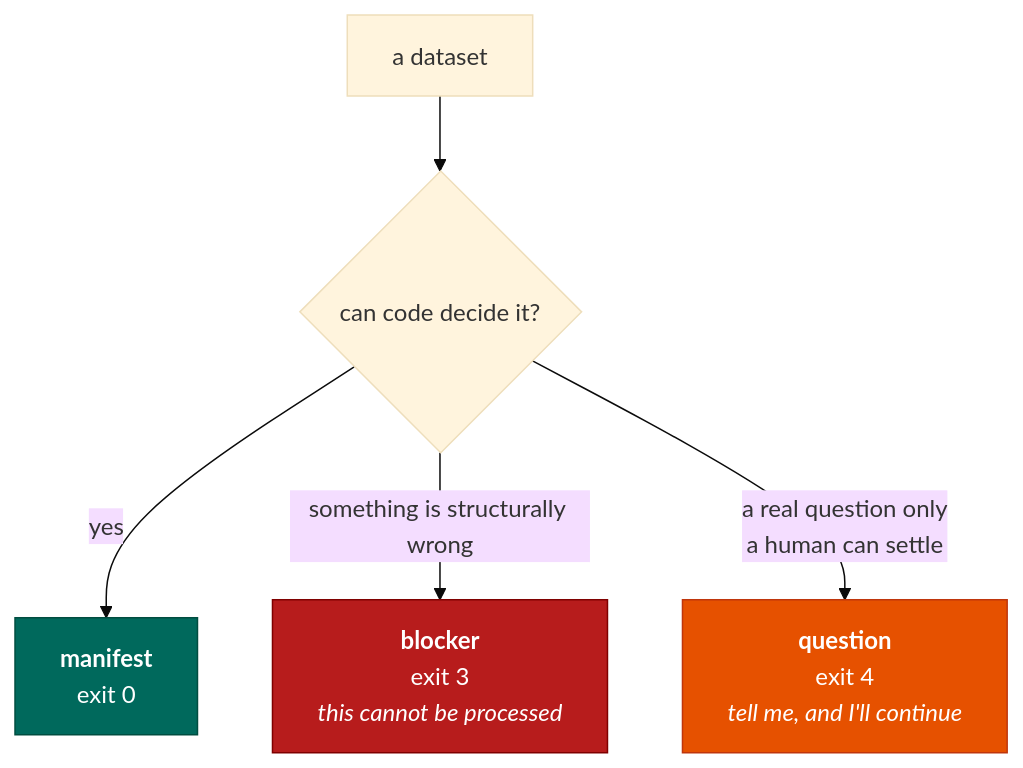
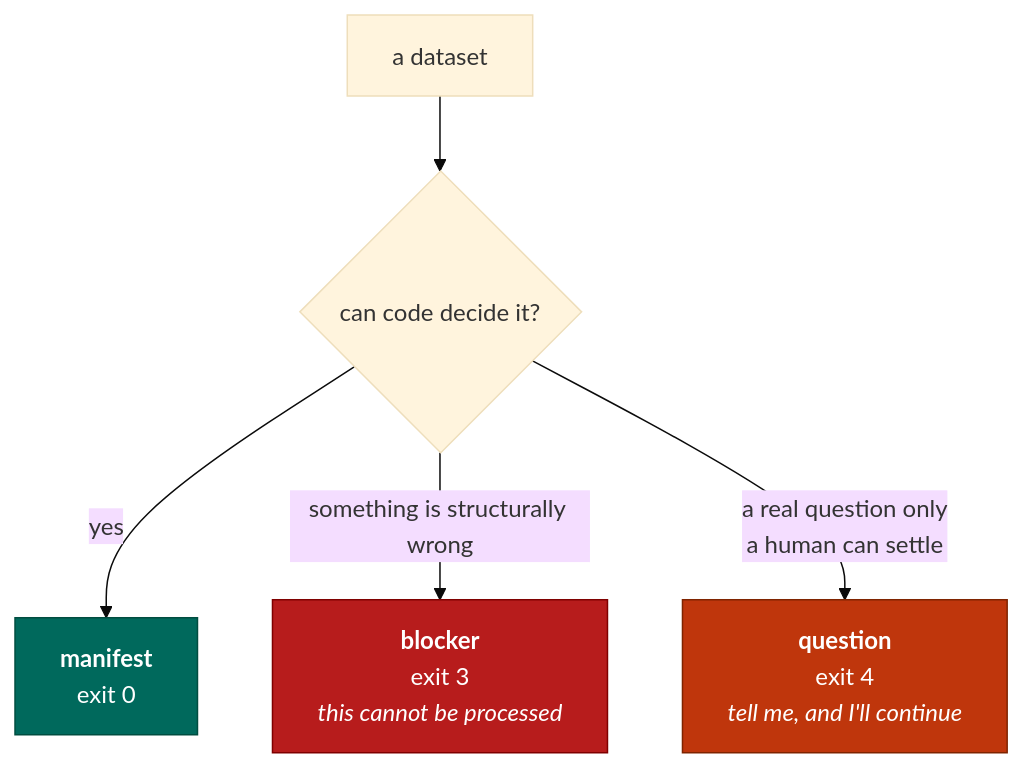
The first of 2 diagrams in docs/concepts/refusal.md (liuhlab/seqforge), drawn with Mermaid (base theme) before and after one commit. The commit also changed other lines of this file and 4 other files, not shown here.

First line of the commit message:
Make the diagram labels readable on the dark nodes

````diff
--- a/docs/concepts/refusal.md
+++ b/docs/concepts/refusal.md
@@ -11,11 +11,15 @@
 ```mermaid
 flowchart TD
     START["a dataset"] --> Q{"can code decide it?"}
-    Q -->|yes| OK["<b>manifest</b><br/>exit 0"]
-    Q -->|"something is structurally wrong"| BLK["<b>blocker</b><br/>exit 3<br/><i>this cannot be processed</i>"]
-    Q -->|"a real question only<br/>a human can settle"| ASK["<b>question</b><br/>exit 4<br/><i>tell me, and I'll continue</i>"]
+    Q -->|yes| OK["<span style='color:#fff'><b>manifest</b><br/>exit 0</span>"]
+    Q -->|"something is structurally wrong"| BLK["<span style='color:#fff'><b>blocker</b><br/>exit 3<br/><i>this cannot be processed</i></span>"]
+    Q -->|"a real question only<br/>a human can settle"| ASK["<span style='color:#fff'><b>question</b><br/>exit 4<br/><i>tell me, and I'll continue</i></span>"]
 
-    style OK fill:#00695c,stroke:#004d40,color:#fff
-    style BLK fill:#b71c1c,stroke:#7f0000,color:#fff
-    style ASK fill:#e65100,stroke:#bf360c,color:#fff
+    %% The inline white <span> is required on dark fills — see the comment in docs/index.md.
+    classDef artifact fill:#00695c,stroke:#004d40
+    classDef blocked fill:#b71c1c,stroke:#7f0000
+    classDef ask fill:#bf360c,stroke:#7f2400
+    class OK artifact
+    class BLK blocked
+    class ASK ask
 ```
````
